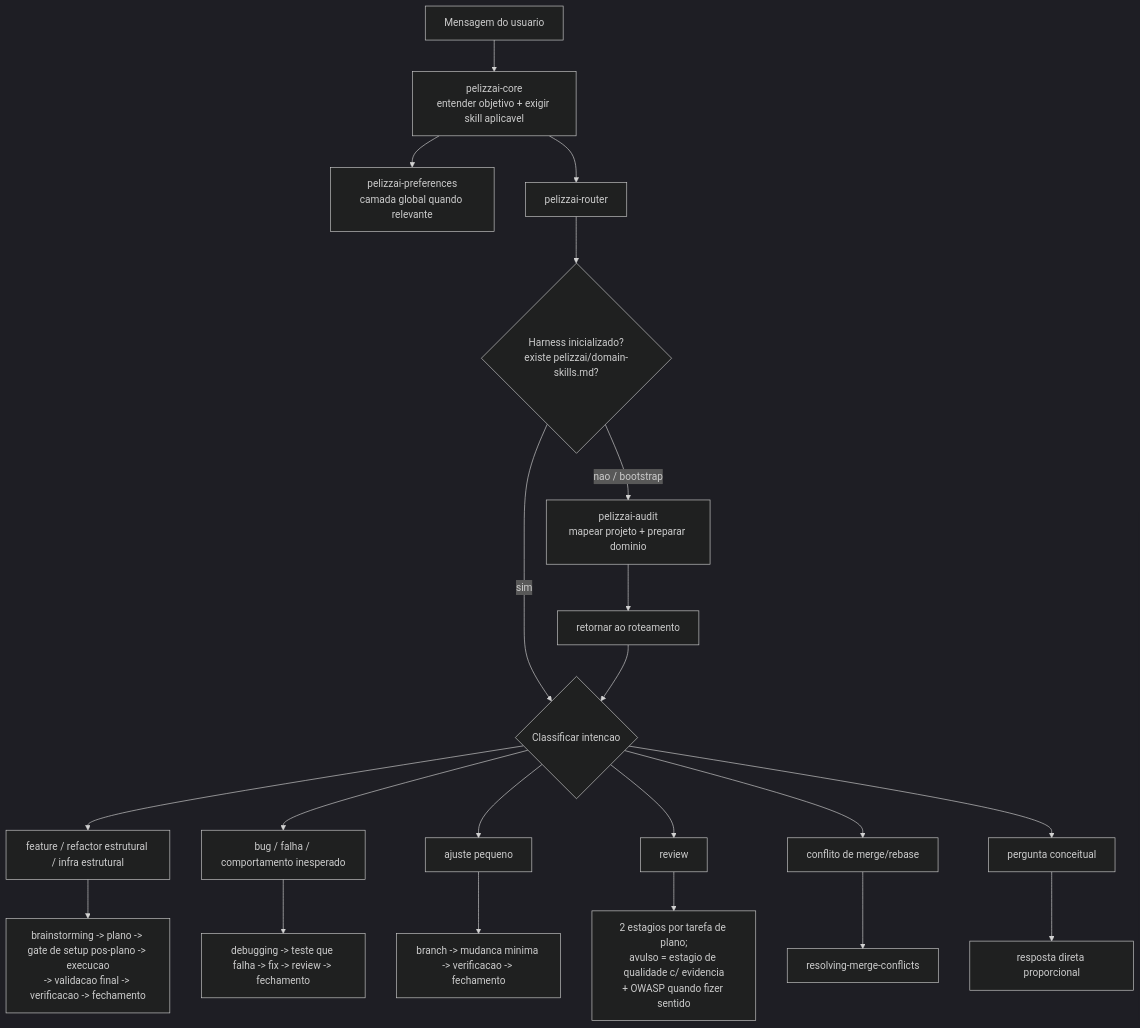
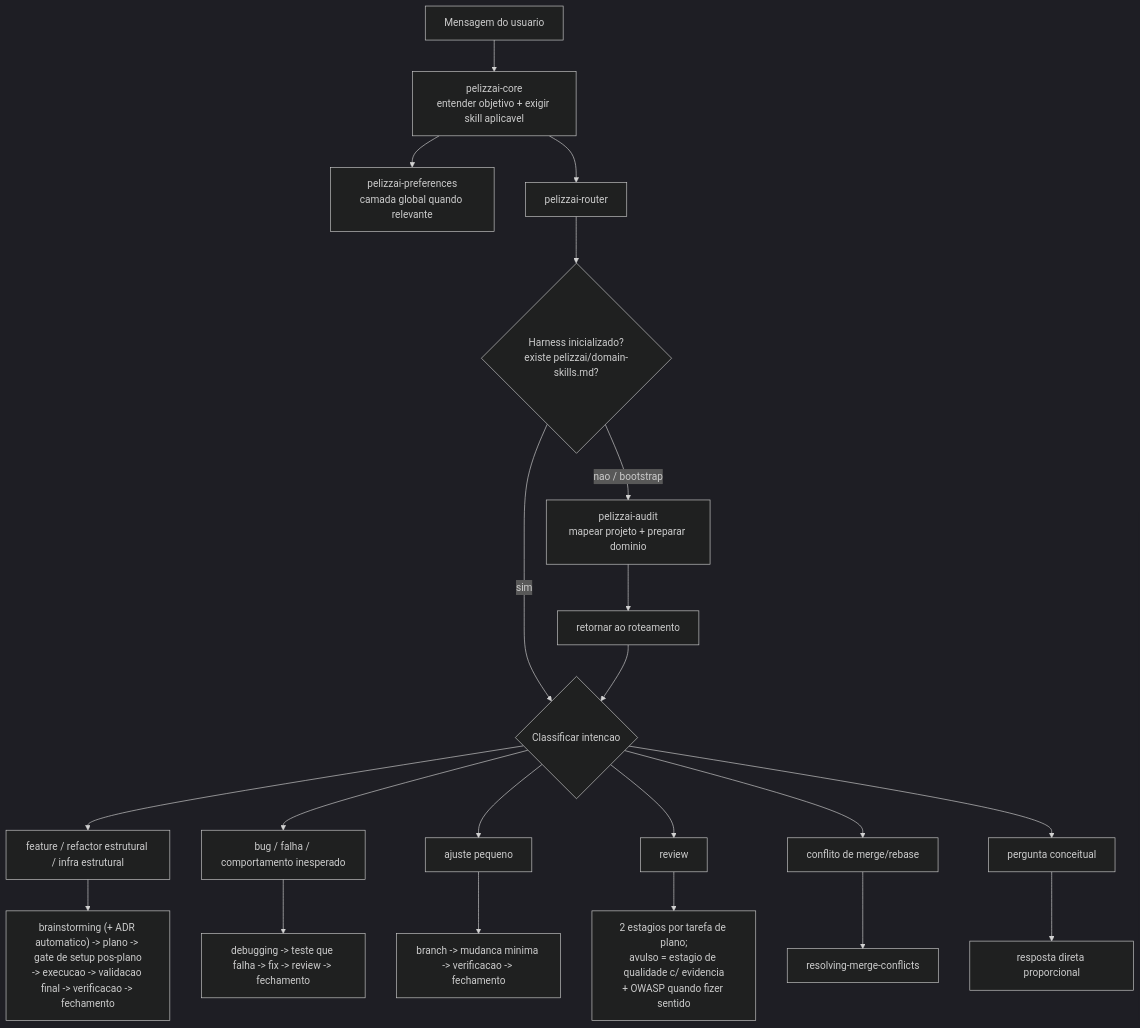
Before and after one commit to rpelizza/PelizzAI: the second of 11 diagrams in README.md, drawn with Mermaid (dark theme). The commit also changed other lines of this file and 43 other files, not shown here.

````diff
--- a/README.md
+++ b/README.md
@@ -130,26 +134,26 @@
 ```mermaid
 flowchart TD
     U["Mensagem do usuario"] --> ROOT["pelizzai-core<br/>entender objetivo + exigir skill aplicavel"]
     ROOT --> PREF["pelizzai-preferences<br/>camada global quando relevante"]
     ROOT --> RT["pelizzai-router"]
 
     RT --> INIT{"Harness inicializado?<br/>existe pelizzai/domain-skills.md?"}
     INIT -- "nao / bootstrap" --> AUD["pelizzai-audit<br/>mapear projeto + preparar dominio"]
     AUD --> RT2["retornar ao roteamento"]
     INIT -- "sim" --> CLS{"Classificar intencao"}
     RT2 --> CLS
 
     CLS --> FEATURE["feature / refactor estrutural / infra estrutural"]
     CLS --> BUG["bug / falha / comportamento inesperado"]
     CLS --> QUICK["ajuste pequeno"]
     CLS --> REVIEW["review"]
     CLS --> CONFLICT["conflito de merge/rebase"]
     CLS --> QUESTION["pergunta conceitual"]
 
-    FEATURE --> LIFE["brainstorming -> plano -> gate de setup pos-plano -> execucao<br/>-> validacao final -> verificacao -> fechamento"]
+    FEATURE --> LIFE["brainstorming (+ ADR automatico) -> plano -> gate de setup pos-plano<br/>-> execucao -> validacao final -> verificacao -> fechamento"]
     BUG --> DEBUG["debugging -> teste que falha -> fix -> review -> fechamento"]
     QUICK --> QF["branch -> mudanca minima -> verificacao -> fechamento"]
     REVIEW --> RV["2 estagios por tarefa de plano;<br/>avulso = estagio de qualidade c/ evidencia<br/>+ OWASP quando fizer sentido"]
     CONFLICT --> MC["resolving-merge-conflicts"]
     QUESTION --> ANSWER["resposta direta proporcional"]
 ```
````
